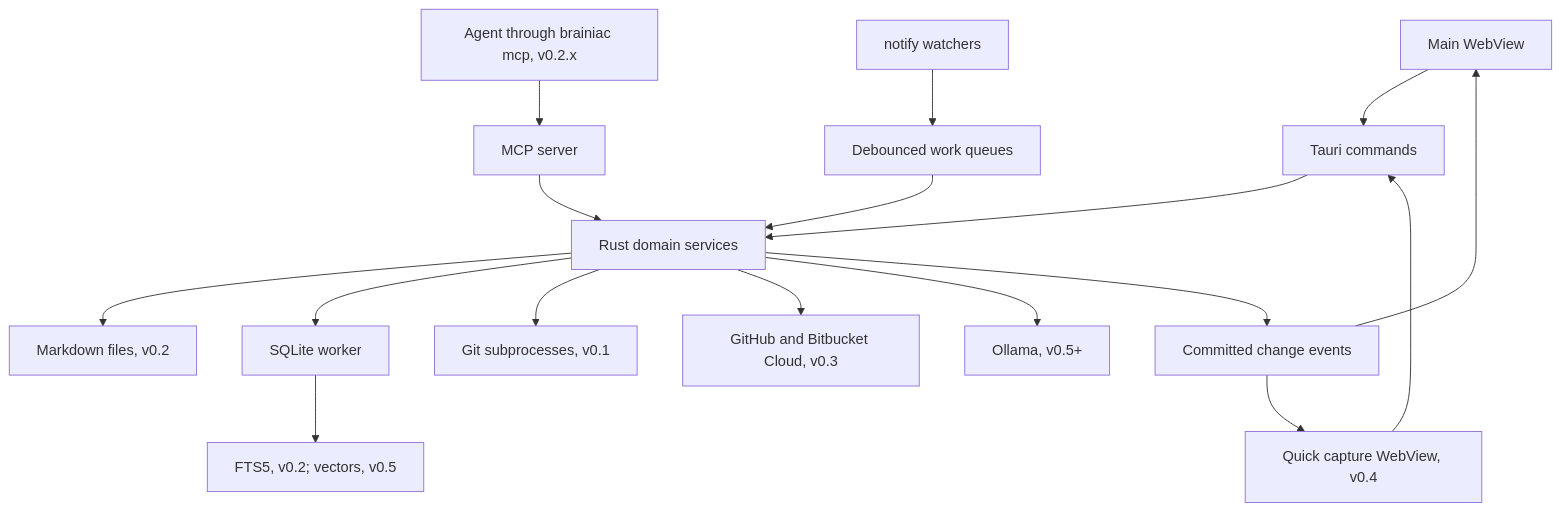
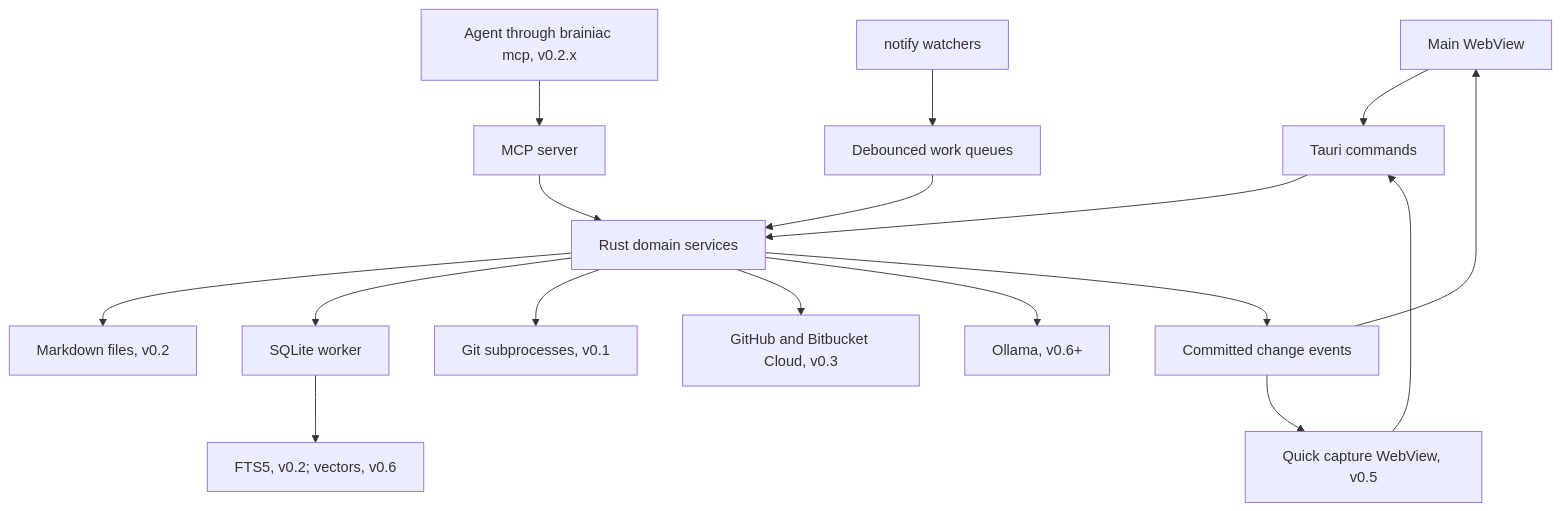
One commit to B87/brainiac changed the first of 2 diagrams in docs/architecture.md. Above: the diagram before and after it, drawn with Mermaid. The commit also changed other lines of this file and 79 other files, not shown here.

````diff
--- a/docs/architecture.md
+++ b/docs/architecture.md
@@ -38,19 +40,19 @@
 ```mermaid
 flowchart TD
     Main[Main WebView] --> IPC[Tauri commands]
     Agent[Agent through brainiac mcp, v0.2.x] --> MCP[MCP server]
     MCP --> Services
-    Capture[Quick capture WebView, v0.4] --> IPC
+    Capture[Quick capture WebView, v0.5] --> IPC
     IPC --> Services[Rust domain services]
     Services --> Files[Markdown files, v0.2]
     Services --> DB[SQLite worker]
     Watch[notify watchers] --> Queue[Debounced work queues]
     Queue --> Services
     Services --> Git[Git subprocesses, v0.1]
     Services --> Forges[GitHub and Bitbucket Cloud, v0.3]
-    Services --> AI[Ollama, v0.5+]
-    DB --> Search[FTS5, v0.2; vectors, v0.5]
+    Services --> AI[Ollama, v0.6+]
+    DB --> Search[FTS5, v0.2; vectors, v0.6]
     Services --> Events[Committed change events]
     Events --> Main
     Events --> Capture
 ```
````
